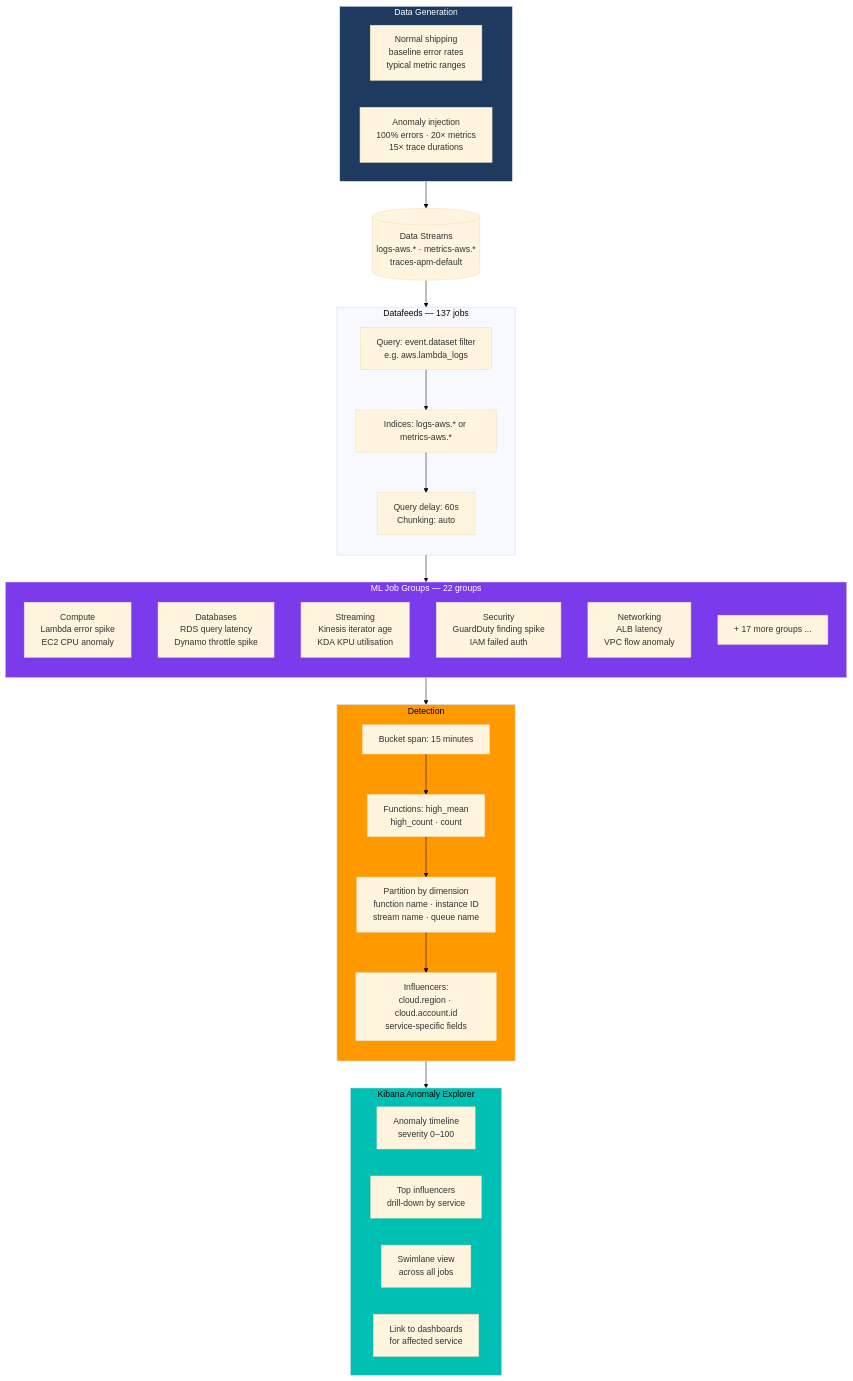
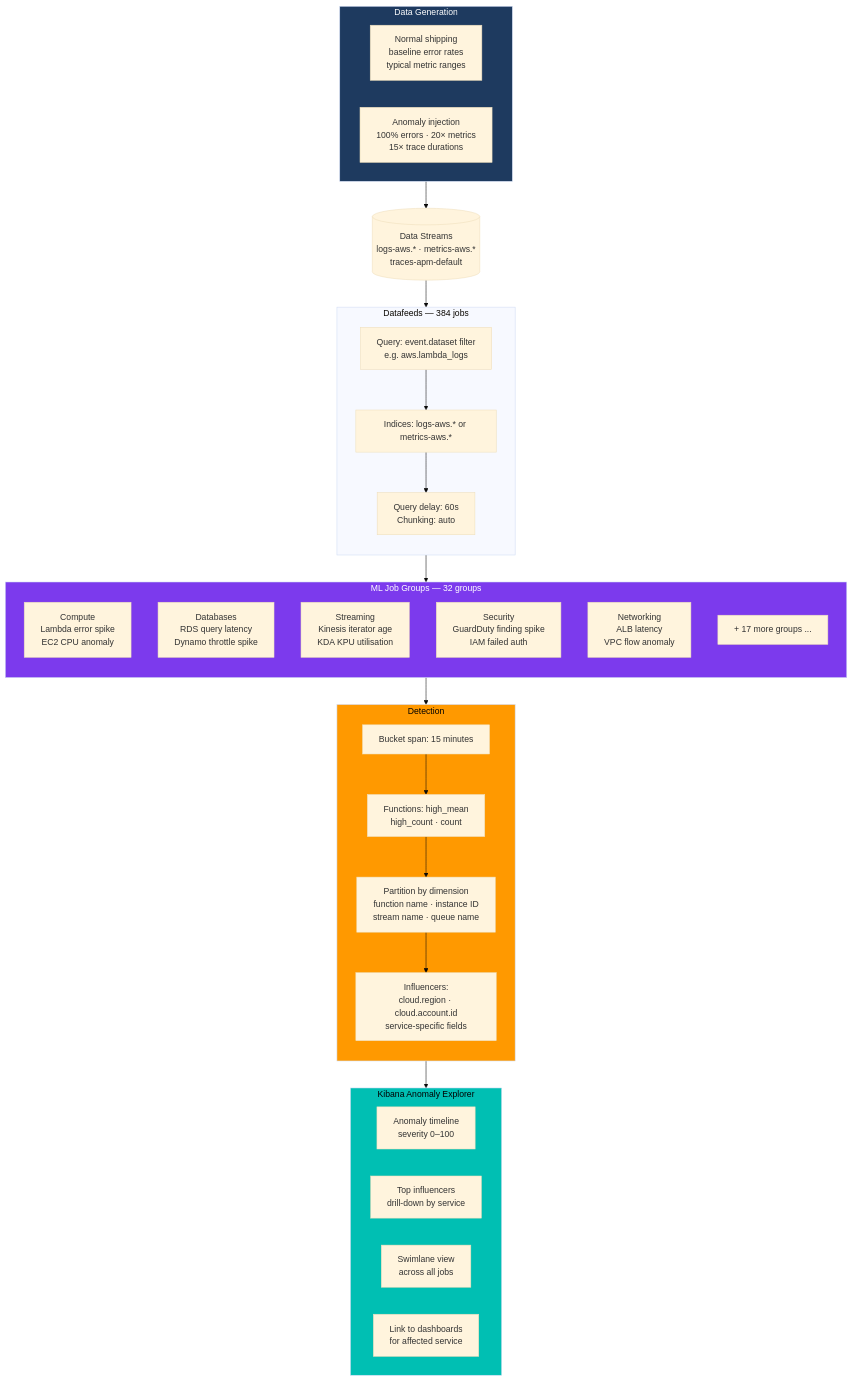
Diagram 12 of 14 in docs/diagrams.md (rkernutt/cloud-to-elastic-load-generator), drawn with Mermaid (base theme) before and after one commit. The commit also changed other lines of this file and 1110 other files, not shown here.

````diff
--- a/docs/diagrams.md
+++ b/docs/diagrams.md
@@ -705,58 +707,58 @@
 ```mermaid
 flowchart TD
     subgraph GEN["Data Generation"]
         direction LR
         NORMAL["Normal shipping\nbaseline error rates\ntypical metric ranges"]
         SPIKE["Anomaly injection\n100% errors · 20× metrics\n15× trace durations"]
     end
 
     GEN --> DS[("Data Streams\nlogs-aws.* · metrics-aws.*\ntraces-apm-default")]
 
     DS --> FEED
 
-    subgraph FEED["Datafeeds — 137 jobs"]
+    subgraph FEED["Datafeeds — 384 jobs"]
         direction TB
         F1["Query: event.dataset filter\ne.g. aws.lambda_logs"]
         F2["Indices: logs-aws.* or metrics-aws.*"]
         F3["Query delay: 60s\nChunking: auto"]
         F1 --> F2 --> F3
     end
 
     FEED --> JOBS
 
-    subgraph JOBS["ML Job Groups — 22 groups"]
+    subgraph JOBS["ML Job Groups — 32 groups"]
         direction TB
         J1["Compute\nLambda error spike\nEC2 CPU anomaly"]
         J2["Databases\nRDS query latency\nDynamo throttle spike"]
         J3["Streaming\nKinesis iterator age\nKDA KPU utilisation"]
         J4["Security\nGuardDuty finding spike\nIAM failed auth"]
         J5["Networking\nALB latency\nVPC flow anomaly"]
         J6["+ 17 more groups ..."]
     end
 
     JOBS --> DETECT
 
     subgraph DETECT["Detection"]
         direction TB
         DET1["Bucket span: 15 minutes"]
         DET2["Functions: high_mean\nhigh_count · count"]
         DET3["Partition by dimension\nfunction name · instance ID\nstream name · queue name"]
         DET4["Influencers:\ncloud.region · cloud.account.id\nservice-specific fields"]
         DET1 --> DET2 --> DET3 --> DET4
     end
 
     DETECT --> RESULTS
 
     subgraph RESULTS["Kibana Anomaly Explorer"]
         direction LR
         R1["Anomaly timeline\nseverity 0–100"]
         R2["Top influencers\ndrill-down by service"]
         R3["Swimlane view\nacross all jobs"]
         R4["Link to dashboards\nfor affected service"]
     end
 
     style GEN fill:#1e3a5f,color:#fff
     style JOBS fill:#7C3AED,color:#fff
     style DETECT fill:#FF9900,color:#000
     style RESULTS fill:#00BFB3,color:#000
 ```
````
